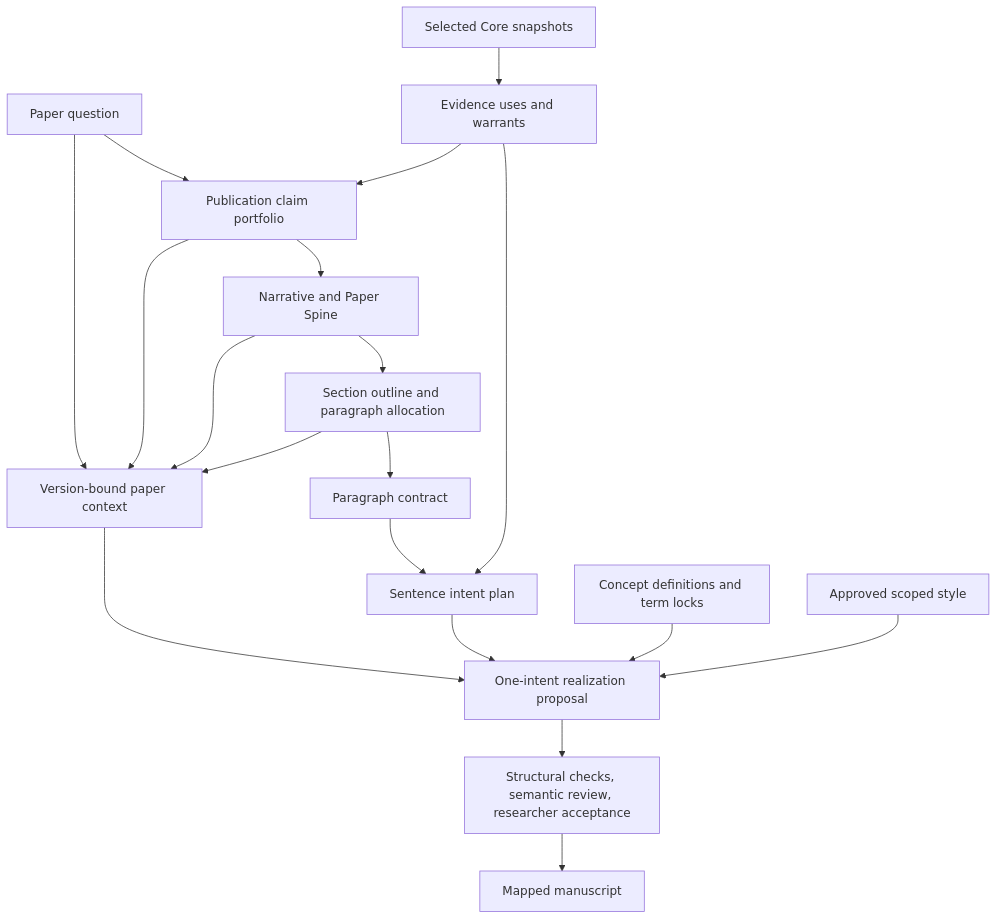
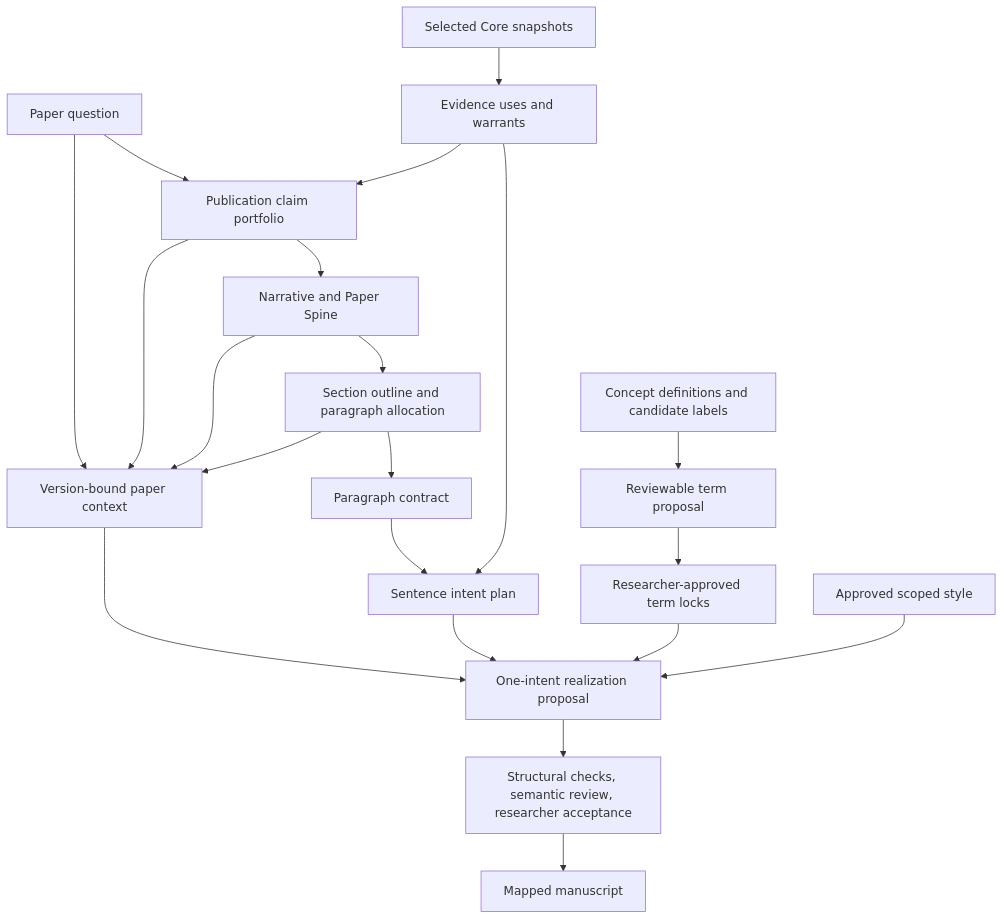
One commit to rka-project/rka-writer changed the diagram in docs/architecture/authoring-graph.md. Above: the diagram before and after it, drawn with Mermaid. The commit also changed other lines of this file and 45 other files, not shown here.

````diff
--- a/docs/architecture/authoring-graph.md
+++ b/docs/architecture/authoring-graph.md
@@ -8,21 +12,23 @@
 ```mermaid
 flowchart TD
     Core["Selected Core snapshots"] --> EU["Evidence uses and warrants"]
     Q["Paper question"] --> C["Publication claim portfolio"]
     EU --> C
     C --> Spine["Narrative and Paper Spine"]
     Spine --> O["Section outline and paragraph allocation"]
     O --> PC["Paragraph contract"]
     PC --> SI["Sentence intent plan"]
     EU --> SI
     Q --> Capsule["Version-bound paper context"]
     C --> Capsule
     Spine --> Capsule
     O --> Capsule
     Capsule --> R["One-intent realization proposal"]
     SI --> R
-    T["Concept definitions and term locks"] --> R
+    Concepts["Concept definitions and candidate labels"] --> TP["Reviewable term proposal"]
+    TP --> T["Researcher-approved term locks"]
+    T --> R
     S["Approved scoped style"] --> R
     R --> Review["Structural checks, semantic review, researcher acceptance"]
     Review --> Text["Mapped manuscript"]
 ```
````
